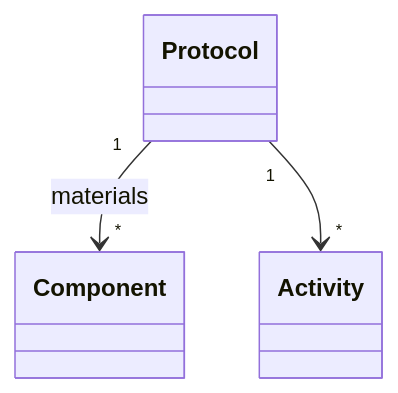
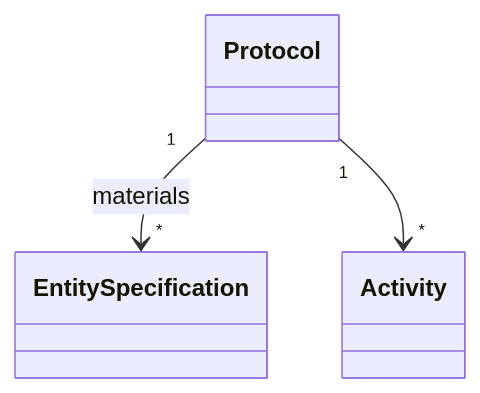
One commit to rpgoldman/paml changed the first of 12 diagrams in docs/index.md. Above: the diagram before and after it, drawn with Mermaid. The commit also changed other lines of this file, not shown here.

````diff
--- a/docs/index.md
+++ b/docs/index.md
@@ -8,5 +20,5 @@
 ```mermaid
 classDiagram
-    Protocol "1" --> "*" Component : materials
+    Protocol "1" --> "*" EntitySpecification : materials
     Protocol "1" --> "*" Activity
 ```
````
